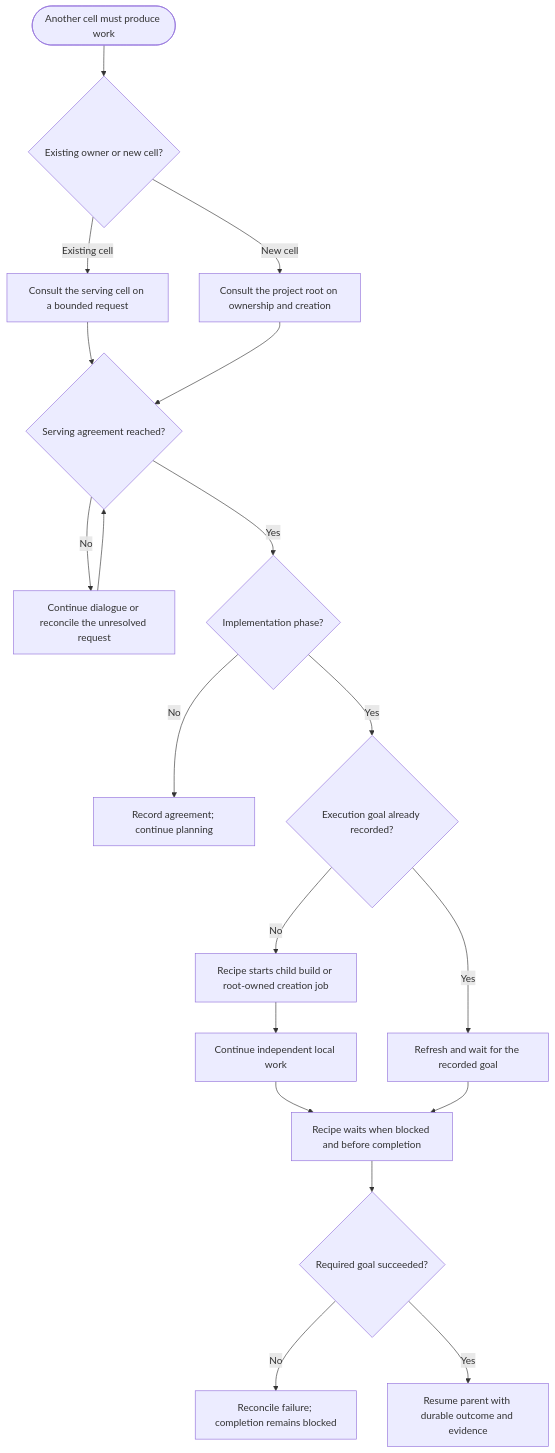
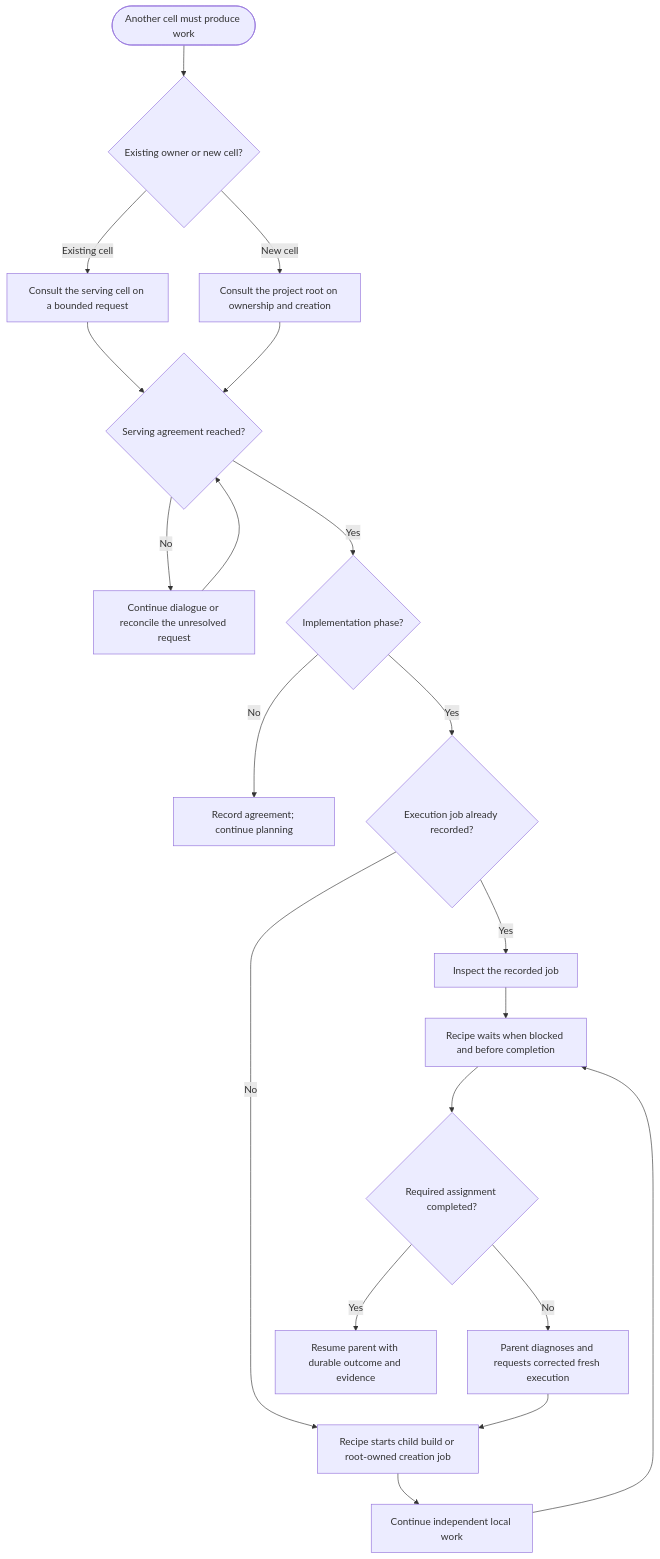
The second of 3 diagrams in ADAPTIVE_BUILD_PROCESS.md (colony-2/recipes), drawn with Mermaid before and after one commit. The commit also changed other lines of this file and 86 other files, not shown here.

````diff
--- a/ADAPTIVE_BUILD_PROCESS.md
+++ b/ADAPTIVE_BUILD_PROCESS.md
@@ -98,21 +103,22 @@
 ```mermaid
 flowchart TD
     Need([Another cell must produce work]) --> Owner{Existing owner or new cell?}
     Owner -->|Existing cell| Serving[Consult the serving cell on a bounded request]
     Owner -->|New cell| Root[Consult the project root on ownership and creation]
     Serving --> Agreement{Serving agreement reached?}
     Root --> Agreement
     Agreement -->|No| Resolve[Continue dialogue or reconcile the unresolved request]
     Resolve --> Agreement
     Agreement -->|Yes| Phase{Implementation phase?}
     Phase -->|No| Record[Record agreement; continue planning]
-    Phase -->|Yes| Known{Execution goal already recorded?}
-    Known -->|Yes| Reuse[Refresh and wait for the recorded goal]
+    Phase -->|Yes| Known{Execution job already recorded?}
+    Known -->|Yes| Reuse[Inspect the recorded job]
     Known -->|No| Launch[Recipe starts child build or root-owned creation job]
     Launch --> Independent[Continue independent local work]
     Independent --> Wait[Recipe waits when blocked and before completion]
     Reuse --> Wait
-    Wait --> Success{Required goal succeeded?}
-    Success -->|No| Repair[Reconcile failure; completion remains blocked]
+    Wait --> Success{Required assignment completed?}
+    Success -->|No| Repair[Parent diagnoses and requests corrected fresh execution]
+    Repair --> Launch
     Success -->|Yes| Resume[Resume parent with durable outcome and evidence]
 ```
````
